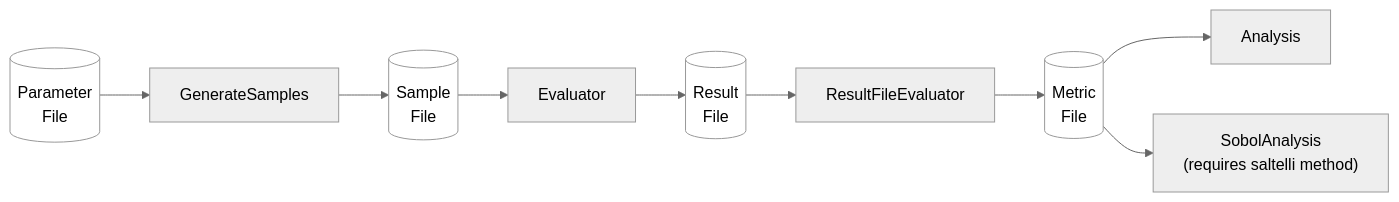
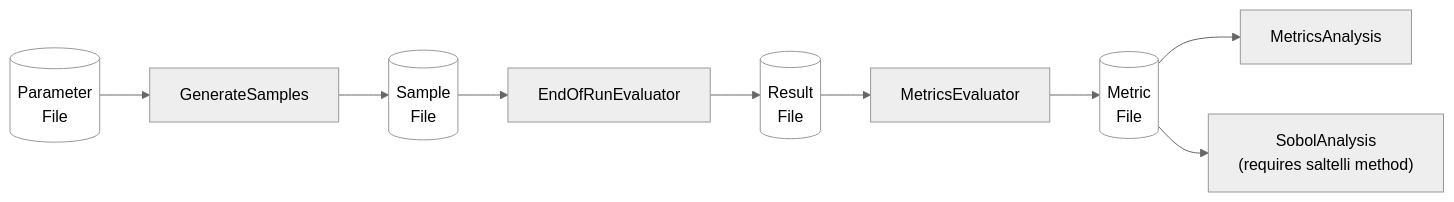
Before and after one commit to MOEAFramework/MOEAFramework: the diagram in docs/sensitivityAnalysis.md, drawn with Mermaid (neutral theme). The commit also changed other lines of this file and 14 other files, not shown here.

````diff
--- a/docs/sensitivityAnalysis.md
+++ b/docs/sensitivityAnalysis.md
@@ -11,12 +11,12 @@
 ```mermaid
 graph LR
     classDef file fill:#fff
     A[(Parameter<br>File)]:::file --> B[GenerateSamples]
     B --> C[(Sample<br>File)]:::file
-    C --> D[Evaluator]
+    C --> D[EndOfRunEvaluator]
     D --> E[(Result<br>File)]:::file
-    E --> F[ResultFileEvaluator]
+    E --> F[MetricsEvaluator]
     F --> G[(Metric<br>File)]:::file
-    G --> H[Analysis]
+    G --> H[MetricsAnalysis]
     G --> I["SobolAnalysis<br>(requires saltelli method)"]
 ```
````
